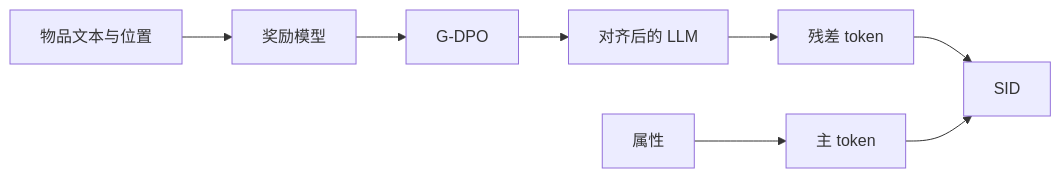
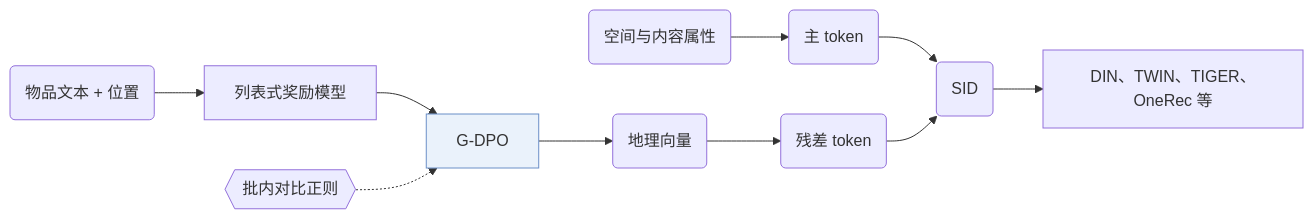
The diagram in notes/zh/lgsid.md (Galaxy-ghost/Awesome-SID-Generative-Rec), drawn with Mermaid before and after one commit. The commit also changed 521 other files, not shown here.

Commit message:
writer-04 part 3: algorithm diagrams with shared shape conventions, README hero and paper cards, archive removed

````diff
--- a/notes/zh/lgsid.md
+++ b/notes/zh/lgsid.md
@@ -13,10 +13,13 @@
 ```mermaid
 flowchart LR
-    A[物品文本与位置] --> B[奖励模型]
-    B --> C[G-DPO]
-    C --> D[对齐后的 LLM]
-    D --> E[残差 token]
-    F[属性] --> G[主 token]
-    E --> H[SID]
-    G --> H
+    A("物品文本 + 位置") --> B["列表式奖励模型"]
+    B --> C["G-DPO"]:::key
+    L1{{"批内对比正则"}} -.-> C
+    C --> D("地理向量")
+    D --> E("残差 token")
+    F("空间与内容属性") --> G("主 token")
+    G --> H("SID")
+    E --> H
+    H --> I["DIN、TWIN、TIGER、OneRec 等"]
+    classDef key fill:#eaf2fb,stroke:#6b8fc7
 ```
````
